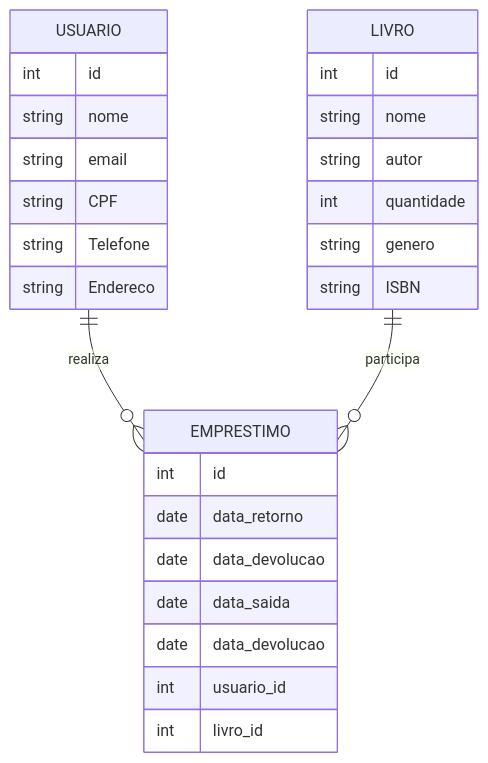
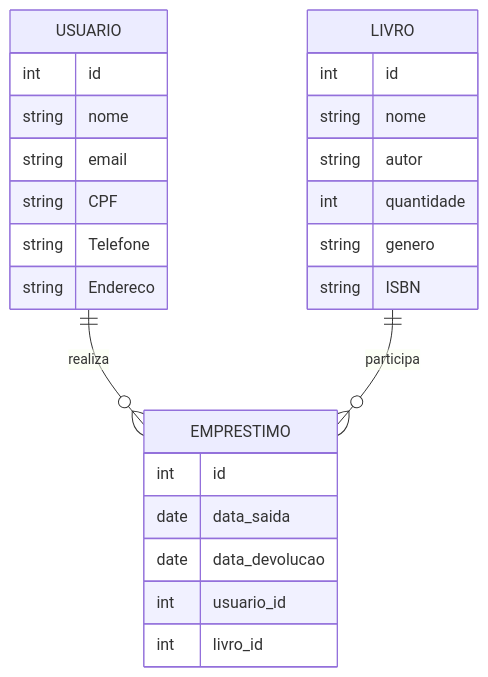
One commit to gfcarvalhos/clean-js changed the diagram in README.md. Above: the diagram before and after it, drawn with Mermaid. The commit also changed 3 other files, not shown here.

````diff
--- a/README.md
+++ b/README.md
@@ -7,33 +7,31 @@
 ```mermaid
 erDiagram
     USUARIO ||--o{ EMPRESTIMO : realiza
     LIVRO ||--o{ EMPRESTIMO : participa
 
     USUARIO {
         int id
         string nome
         string email
         string CPF
         string Telefone
         string Endereco
     }
 
     LIVRO {
         int id
         string nome
         string autor
         int quantidade
         string genero
         string ISBN
     }
 
     EMPRESTIMO {
         int id
-        date data_retorno
-        date data_devolucao
         date data_saida
         date data_devolucao
         int usuario_id
         int livro_id
     }
 ```
````
